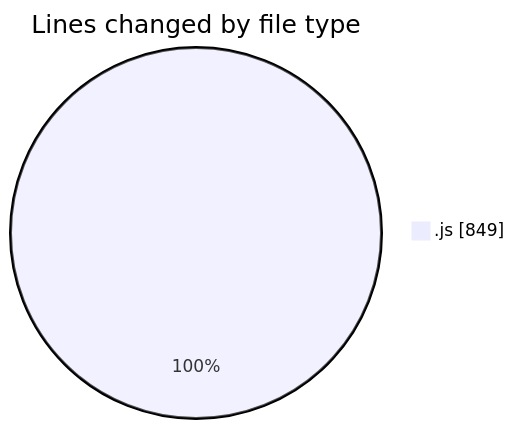
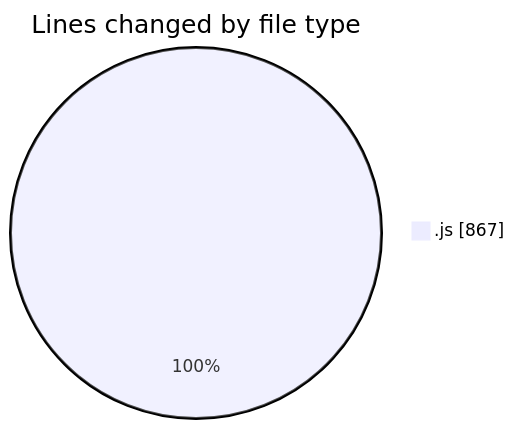
Before and after one commit to nxtqubesakshisongat/code-tracking: the first of 2 diagrams in 2025-12-29/nxtqube_webapp/README.md, drawn with Mermaid. The commit also changed other lines of this file and 1 other file, not shown here.

````diff
--- a/2025-12-29/nxtqube_webapp/README.md
+++ b/2025-12-29/nxtqube_webapp/README.md
@@ -20,5 +20,5 @@
 ```mermaid
 pie showData
 title Lines changed by file type
-".js" : 849
+".js" : 867
 ```
````
